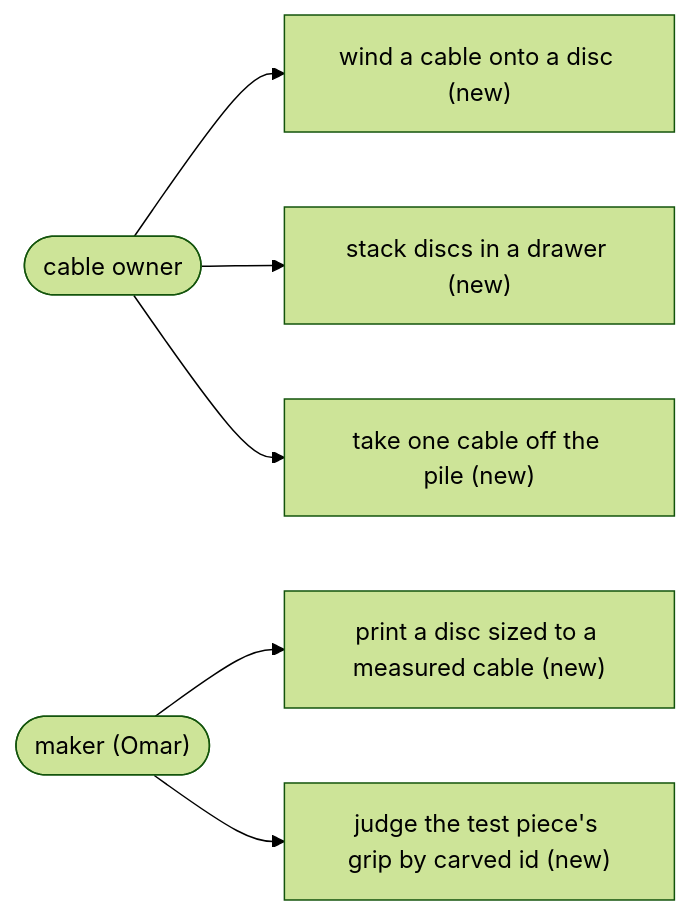
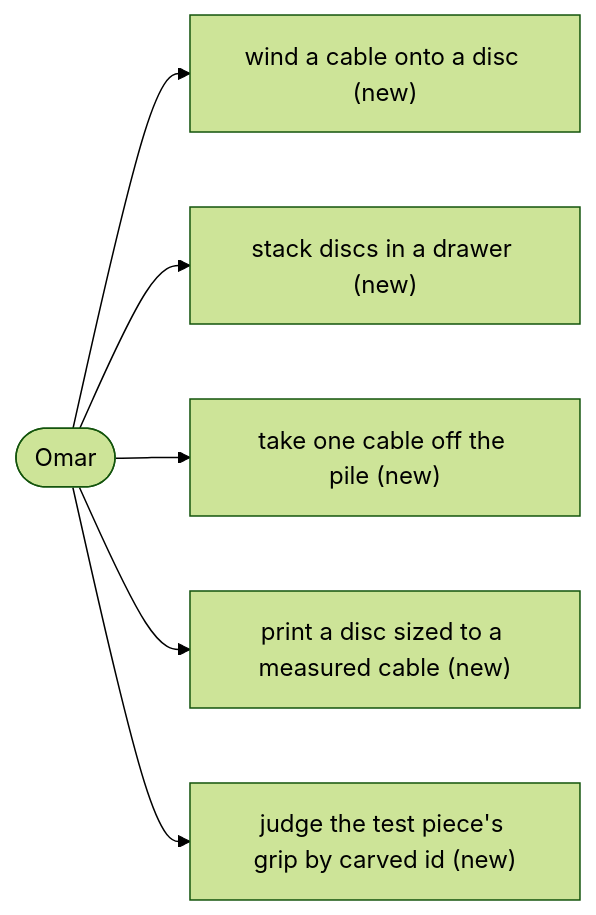
One commit to omars-lab/3d-models changed the second of 3 diagrams in docs/design/pieces/cable-spiral-design.md. Above: the diagram before and after it, drawn with Mermaid (forest theme). The commit also changed other lines of this file and 6 other files, not shown here.

First line of the commit message:
Cable spiral doc: labeled cut drawing, plain terms, honest grip range

````diff
--- a/docs/design/pieces/cable-spiral-design.md
+++ b/docs/design/pieces/cable-spiral-design.md
@@ -70,8 +71,8 @@
 ```mermaid
 flowchart LR
-  o(["cable owner"]) --> u1["wind a cable onto a disc (new)"]
+  o(["Omar"]) --> u1["wind a cable onto a disc (new)"]
   o --> u2["stack discs in a drawer (new)"]
   o --> u3["take one cable off the pile (new)"]
-  m(["maker (Omar)"]) --> u4["print a disc sized to a measured cable (new)"]
-  m --> u5["judge the test piece's grip by carved id (new)"]
+  o --> u4["print a disc sized to a measured cable (new)"]
+  o --> u5["judge the test piece's grip by carved id (new)"]
 ```
````
